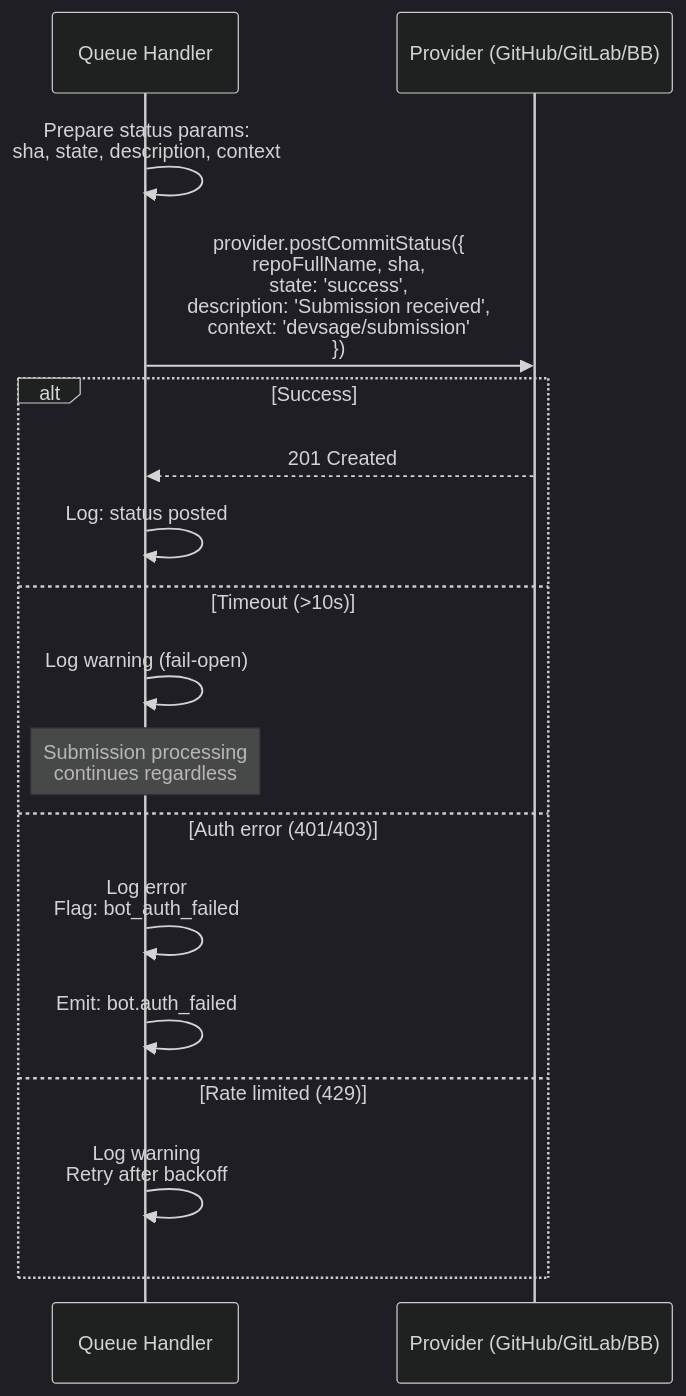
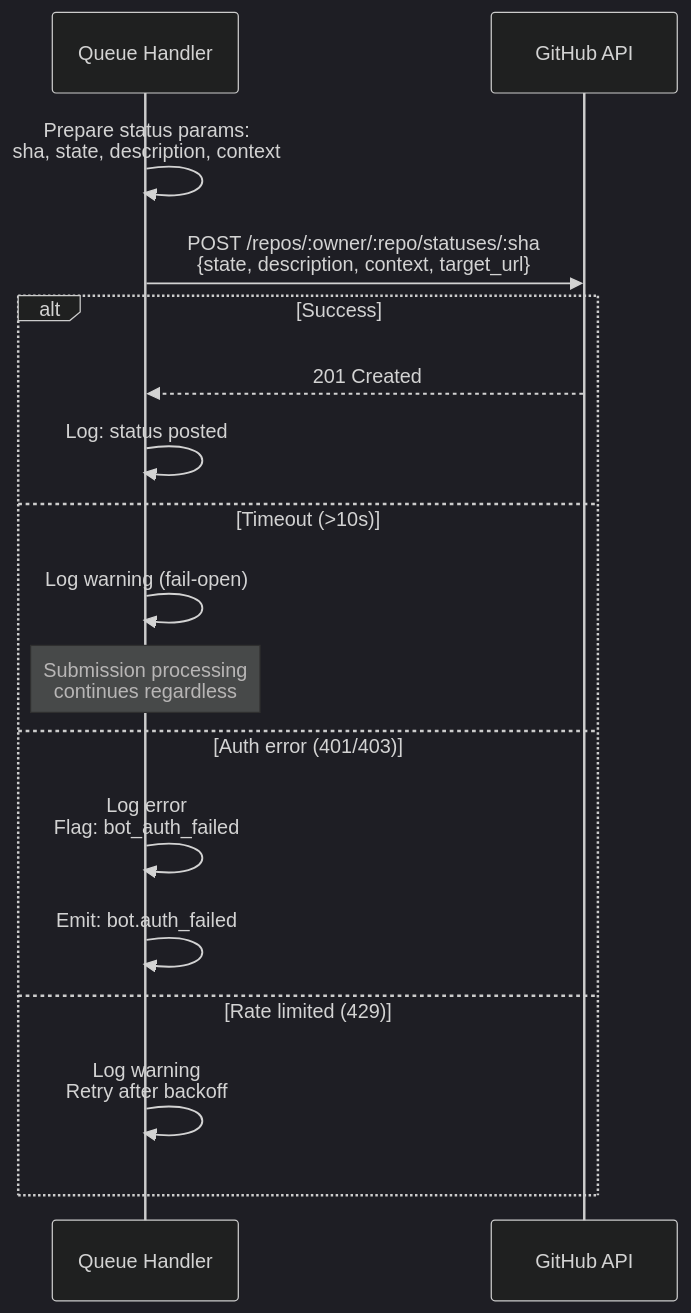
One commit to devangshupandey2025-stack/DevSage changed diagram 11 of 12 in docs/v3/planned/webhooks-integrations.md. Above: the diagram before and after it, drawn with Mermaid (dark theme). The commit also changed other lines of this file, not shown here.

First line of the commit message:
docs(webhooks): reduce to GitHub-only, add rounds-aware tag handler

````diff
--- a/docs/v3/planned/webhooks-integrations.md
+++ b/docs/v3/planned/webhooks-integrations.md
@@ -619,22 +478,22 @@
 ```mermaid
 sequenceDiagram
     participant W as Queue Handler
-    participant P as Provider (GitHub/GitLab/BB)
+    participant GH as GitHub API
 
     W->>W: Prepare status params:<br/>sha, state, description, context
 
-    W->>P: provider.postCommitStatus({<br/>  repoFullName, sha,<br/>  state: 'success',<br/>  description: 'Submission received',<br/>  context: 'devsage/submission'<br/>})
+    W->>GH: POST /repos/:owner/:repo/statuses/:sha<br/>{state, description, context, target_url}
 
     alt Success
-        P-->>W: 201 Created
+        GH-->>W: 201 Created
         W->>W: Log: status posted
     else Timeout (>10s)
         W->>W: Log warning (fail-open)
         Note over W: Submission processing<br/>continues regardless
     else Auth error (401/403)
         W->>W: Log error<br/>Flag: bot_auth_failed
         W->>W: Emit: bot.auth_failed
     else Rate limited (429)
         W->>W: Log warning<br/>Retry after backoff
     end
 ```
````
